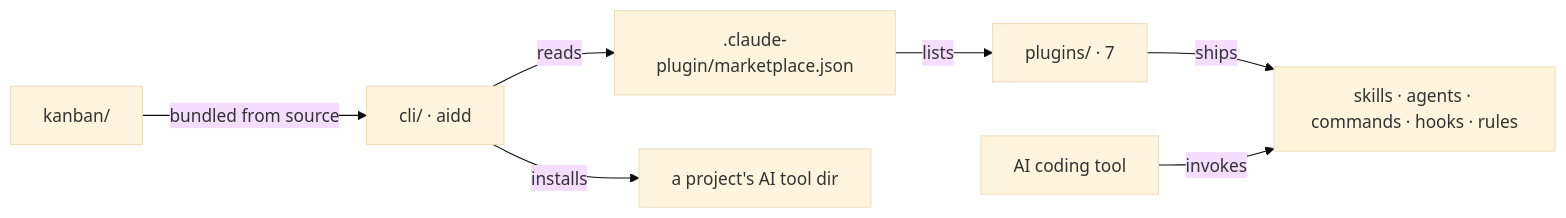
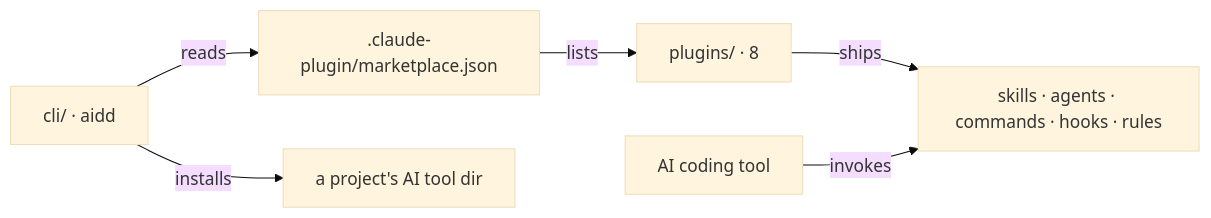
One commit to ai-driven-dev/aidd-framework changed the diagram in aidd_docs/memory/architecture.md. Above: the diagram before and after it, drawn with Mermaid (base theme). The commit also changed other lines of this file and 46 other files, not shown here.

````diff
--- a/aidd_docs/memory/architecture.md
+++ b/aidd_docs/memory/architecture.md
@@ -17,9 +17,8 @@
 ```mermaid
 flowchart LR
-    Manifest[".claude-plugin/marketplace.json"] -->|lists| Plugins["plugins/ · 7"]
+    Manifest[".claude-plugin/marketplace.json"] -->|lists| Plugins["plugins/ · 8"]
     Plugins -->|ships| Surfaces["skills · agents · commands · hooks · rules"]
     CLI["cli/ · aidd"] -->|reads| Manifest
     CLI -->|installs| Target["a project's AI tool dir"]
-    Kanban["kanban/"] -->|bundled from source| CLI
     Editor["AI coding tool"] -->|invokes| Surfaces
 ```
````
